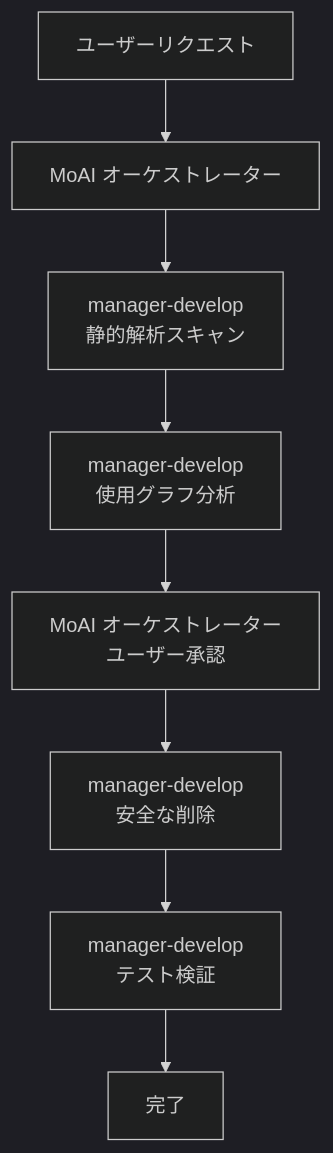
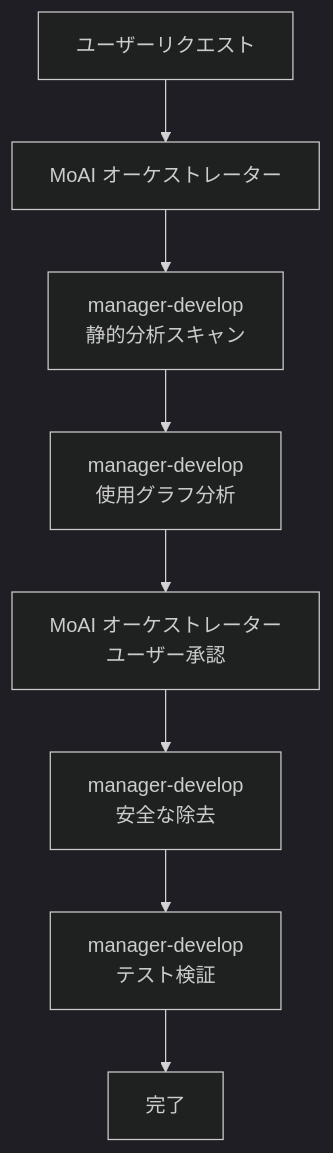
One commit to modu-ai/moai-adk changed the second of 2 diagrams in docs-site/content/ja/utility-commands/moai-clean.md. Above: the diagram before and after it, drawn with Mermaid (dark theme). The commit also changed other lines of this file and 395 other files, not shown here.

````diff
--- a/docs-site/content/ja/utility-commands/moai-clean.md
+++ b/docs-site/content/ja/utility-commands/moai-clean.md
@@ -143,10 +173,10 @@
 ```mermaid
 flowchart TD
     User["ユーザーリクエスト"] --> MoAI["MoAI オーケストレーター"]
-    MoAI --> Refactor1["manager-develop<br/>静的解析スキャン"]
+    MoAI --> Refactor1["manager-develop<br/>静的分析スキャン"]
     Refactor1 --> Refactor2["manager-develop<br/>使用グラフ分析"]
     Refactor2 --> MoAI2["MoAI オーケストレーター<br/>ユーザー承認"]
-    MoAI2 --> Refactor3["manager-develop<br/>安全な削除"]
+    MoAI2 --> Refactor3["manager-develop<br/>安全な除去"]
     Refactor3 --> Testing["manager-develop<br/>テスト検証"]
     Testing --> Complete["完了"]
 ```
````
